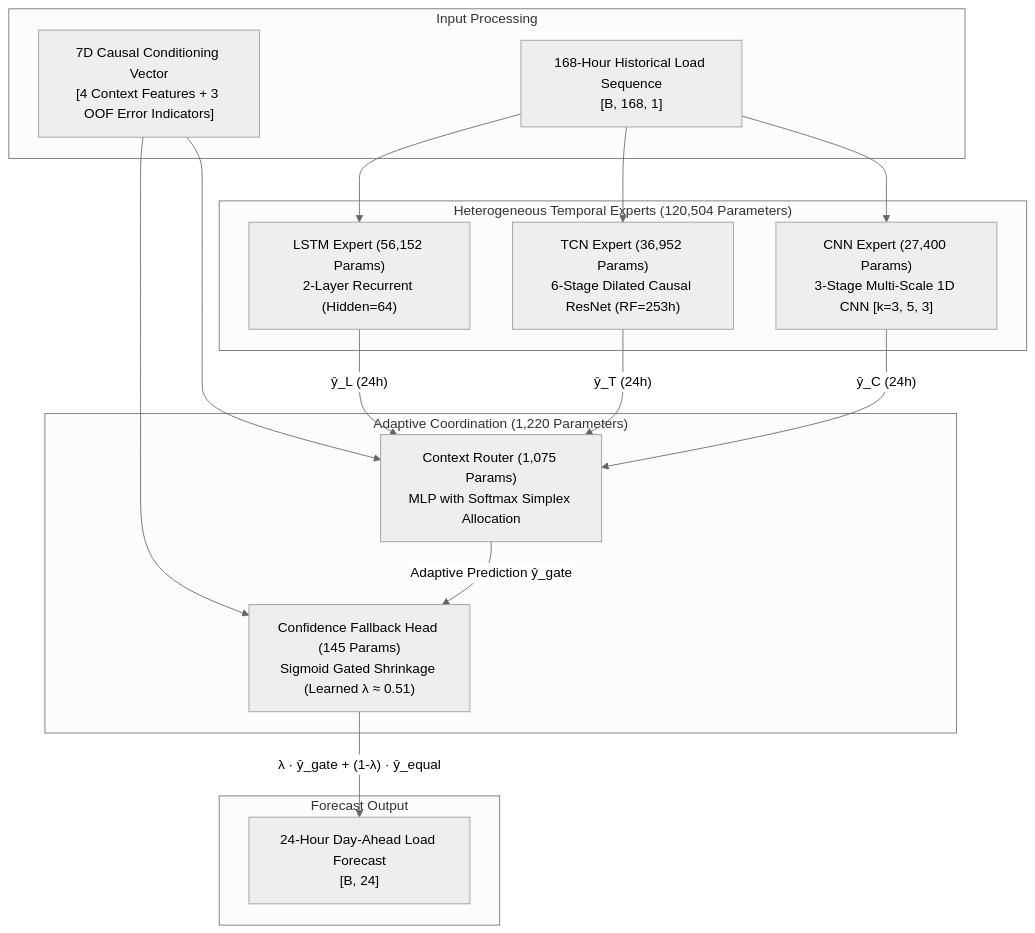
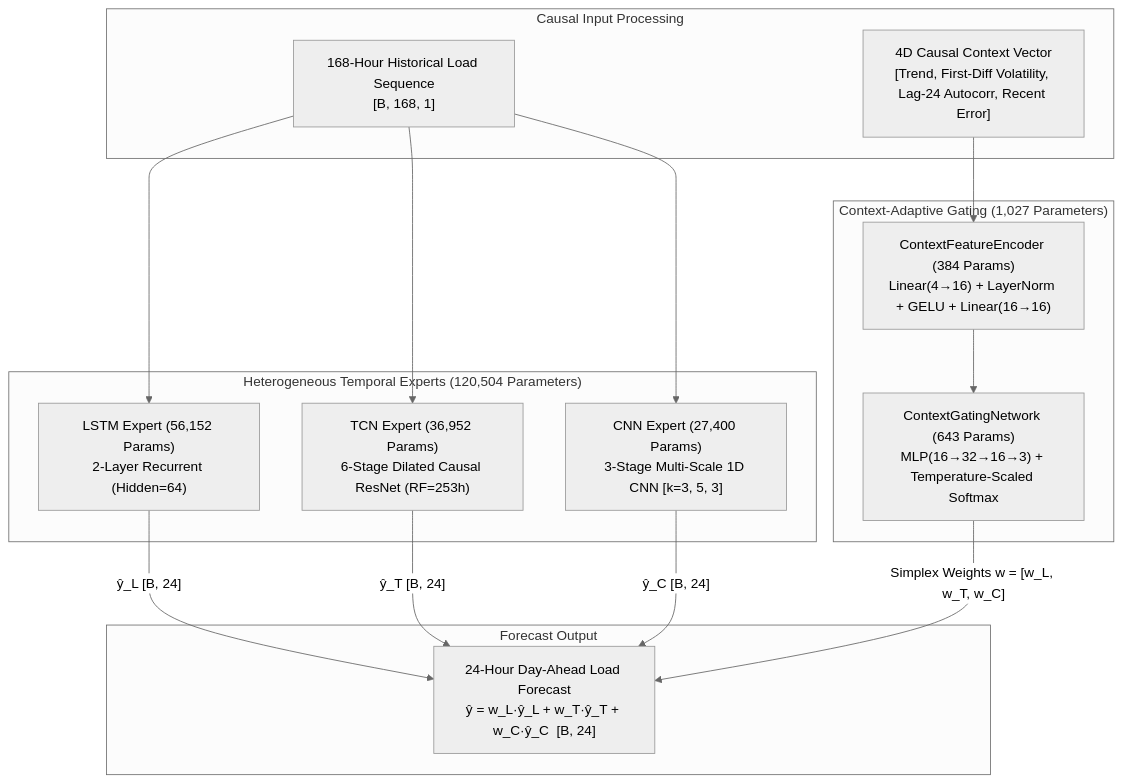
The diagram in README.md (vinay-0208/CAEGNET), drawn with Mermaid (neutral theme) before and after one commit. The commit also changed other lines of this file and 13 other files, not shown here.

````diff
--- a/README.md
+++ b/README.md
@@ -31,36 +29,34 @@
 ```mermaid
 graph TD
-    subgraph Inputs ["Input Processing"]
+    subgraph Inputs ["Causal Input Processing"]
         X["168-Hour Historical Load Sequence<br/>[B, 168, 1]"]
-        Ctx["7D Causal Conditioning Vector<br/>[4 Context Features + 3 OOF Error Indicators]"]
+        Ctx["4D Causal Context Vector<br/>[Trend, First-Diff Volatility, Lag-24 Autocorr, Recent Error]"]
     end
 
     subgraph Experts ["Heterogeneous Temporal Experts (120,504 Parameters)"]
         LSTM["LSTM Expert (56,152 Params)<br/>2-Layer Recurrent (Hidden=64)"]
         TCN["TCN Expert (36,952 Params)<br/>6-Stage Dilated Causal ResNet (RF=253h)"]
         CNN["CNN Expert (27,400 Params)<br/>3-Stage Multi-Scale 1D CNN [k=3, 5, 3]"]
     end
 
-    subgraph Coordination ["Adaptive Coordination (1,220 Parameters)"]
-        Router["Context Router (1,075 Params)<br/>MLP with Softmax Simplex Allocation"]
-        Fallback["Confidence Fallback Head (145 Params)<br/>Sigmoid Gated Shrinkage (Learned λ ≈ 0.51)"]
+    subgraph Routing ["Context-Adaptive Gating (1,027 Parameters)"]
+        Enc["ContextFeatureEncoder (384 Params)<br/>Linear(4→16) + LayerNorm + GELU + Linear(16→16)"]
+        Gate["ContextGatingNetwork (643 Params)<br/>MLP(16→32→16→3) + Temperature-Scaled Softmax"]
     end
 
     subgraph Output ["Forecast Output"]
-        Y["24-Hour Day-Ahead Load Forecast<br/>[B, 24]"]
+        Y["24-Hour Day-Ahead Load Forecast<br/>ŷ = w_L·ŷ_L + w_T·ŷ_T + w_C·ŷ_C  [B, 24]"]
     end
 
     X --> LSTM
     X --> TCN
     X --> CNN
-    
-    Ctx --> Router
-    Ctx --> Fallback
 
-    LSTM -->|"ŷ_L (24h)"| Router
-    TCN -->|"ŷ_T (24h)"| Router
-    CNN -->|"ŷ_C (24h)"| Router
+    Ctx --> Enc
+    Enc --> Gate
 
-    Router -->|"Adaptive Prediction ŷ_gate"| Fallback
-    Fallback -->|"λ · ŷ_gate + (1-λ) · ŷ_equal"| Y
+    LSTM -->|"ŷ_L [B, 24]"| Y
+    TCN -->|"ŷ_T [B, 24]"| Y
+    CNN -->|"ŷ_C [B, 24]"| Y
+    Gate -->|"Simplex Weights w = [w_L, w_T, w_C]"| Y
 ```
````
